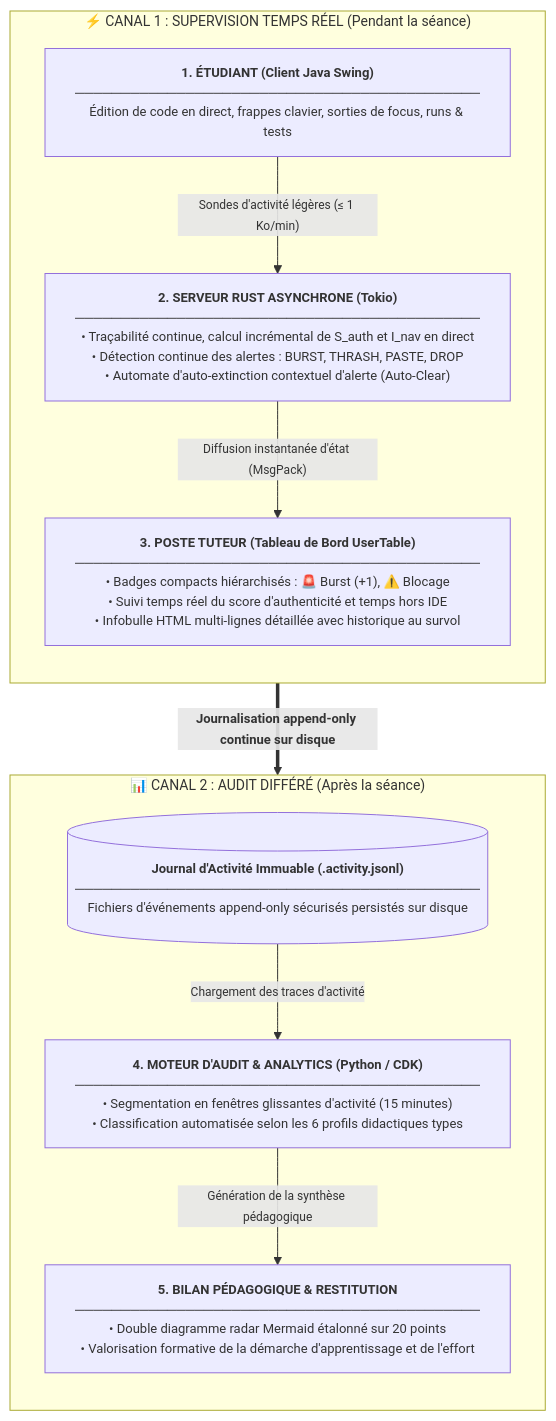
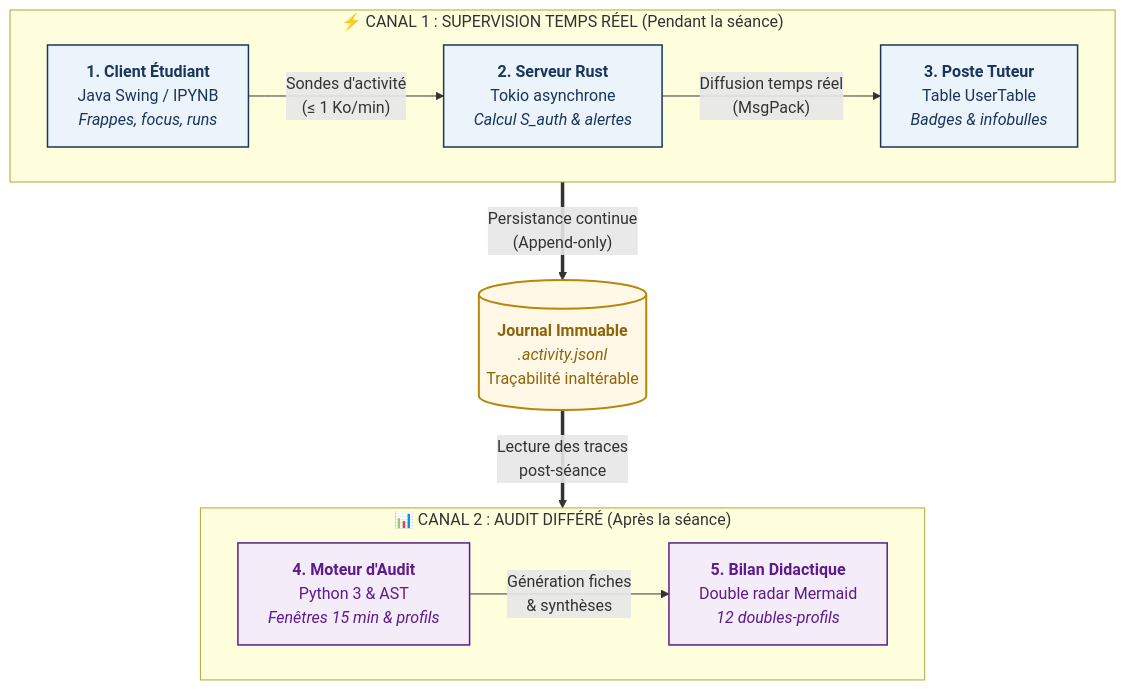
The second of 6 diagrams in docs/ACTIVITY_TRACKING.md (jlehuen/CodeLab), drawn with Mermaid before and after one commit. The commit also changed other lines of this file and 1 other file, not shown here.

Commit message:
docs: modernisation du diagramme des deux canaux d'exploitation sans balises span

````diff
--- a/docs/ACTIVITY_TRACKING.md
+++ b/docs/ACTIVITY_TRACKING.md
@@ -37,21 +34,27 @@
 ```mermaid
-%%{init: {'themeVariables': { 'fontSize': '14px' }}}%%
 flowchart TD
-    classDef default font-size:13px;
-
     subgraph C1 ["⚡ CANAL 1 : SUPERVISION TEMPS RÉEL (Pendant la séance)"]
-        direction TB
-        E["<span style='font-size:16px'><b>1. ÉTUDIANT (Client Java Swing)</b></span><br/>────────────────────────────────────────────<br/>Édition de code en direct, frappes clavier, sorties de focus, runs &amp; tests"]
-        -->|"<span style='font-size:12px'>Sondes d'activité légères (≤ 1 Ko/min)</span>"| S["<span style='font-size:16px'><b>2. SERVEUR RUST ASYNCHRONE (Tokio)</b></span><br/>────────────────────────────────────────────<br/>• Traçabilité continue, calcul incrémental de S_auth et I_nav en direct<br/>• Détection continue des alertes : BURST, THRASH, PASTE, DROP<br/>• Automate d'auto-extinction contextuel d'alerte (Auto-Clear)"]
-        -->|"<span style='font-size:12px'>Diffusion instantanée d'état (MsgPack)</span>"| T["<span style='font-size:16px'><b>3. POSTE TUTEUR (Tableau de Bord UserTable)</b></span><br/>────────────────────────────────────────────<br/>• Badges compacts hiérarchisés : 🚨 Burst (+1), ⚠️ Blocage<br/>• Suivi temps réel du score d'authenticité et temps hors IDE<br/>• Infobulle HTML multi-lignes détaillée avec historique au survol"]
+        direction LR
+        E["<b>1. Client Étudiant</b><br/>Java Swing / IPYNB<br/><i>Frappes, focus, runs</i>"]
+        -->|"Sondes d'activité<br/>(≤ 1 Ko/min)"| S["<b>2. Serveur Rust</b><br/>Tokio asynchrone<br/><i>Calcul S_auth &amp; alertes</i>"]
+        -->|"Diffusion temps réel<br/>(MsgPack)"| T["<b>3. Poste Tuteur</b><br/>Table UserTable<br/><i>Badges &amp; infobulles</i>"]
     end
 
+    S ==>|"Persistance continue<br/>(Append-only)"| J[("<b>Journal Immuable</b><br/><i>.activity.jsonl</i><br/>Traçabilité inaltérable")]
+
+    J ==>|"Lecture des traces<br/>post-séance"| A
+
     subgraph C2 ["📊 CANAL 2 : AUDIT DIFFÉRÉ (Après la séance)"]
-        direction TB
-        J[("<span style='font-size:16px'><b>Journal d'Activité Immuable (.activity.jsonl)</b></span><br/>────────────────────────────────────────────<br/>Fichiers d'événements append-only sécurisés persistés sur disque")]
-        -->|"<span style='font-size:12px'>Chargement des traces d'activité</span>"| A["<span style='font-size:16px'><b>4. MOTEUR D'AUDIT &amp; ANALYTICS (Python / CDK)</b></span><br/>────────────────────────────────────────────<br/>• Segmentation en fenêtres glissantes d'activité (15 minutes)<br/>• Classification automatisée selon les 6 profils didactiques types"]
-        -->|"<span style='font-size:12px'>Génération de la synthèse pédagogique</span>"| R["<span style='font-size:16px'><b>5. BILAN PÉDAGOGIQUE &amp; RESTITUTION</b></span><br/>────────────────────────────────────────────<br/>• Double diagramme radar Mermaid étalonné sur 20 points<br/>• Valorisation formative de la démarche d'apprentissage et de l'effort"]
+        direction LR
+        A["<b>4. Moteur d'Audit</b><br/>Python 3 &amp; AST<br/><i>Fenêtres 15 min &amp; profils</i>"]
+        -->|"Génération fiches<br/>&amp; synthèses"| R["<b>5. Bilan Didactique</b><br/>Double radar Mermaid<br/><i>12 doubles-profils</i>"]
     end
 
-    C1 ==>|"<span style='font-size:13px'><b>Journalisation append-only continue sur disque</b></span>"| C2
+    classDef canal1 fill:#EBF3FB,stroke:#1B365D,stroke-width:1.5px,color:#1B365D;
+    classDef canal2 fill:#F4ECF8,stroke:#5D1B8C,stroke-width:1.5px,color:#5D1B8C;
+    classDef journal fill:#FFF8E7,stroke:#B8860B,stroke-width:2px,color:#8B6508;
+
+    class E,S,T canal1;
+    class A,R canal2;
+    class J journal;
 ```
````
